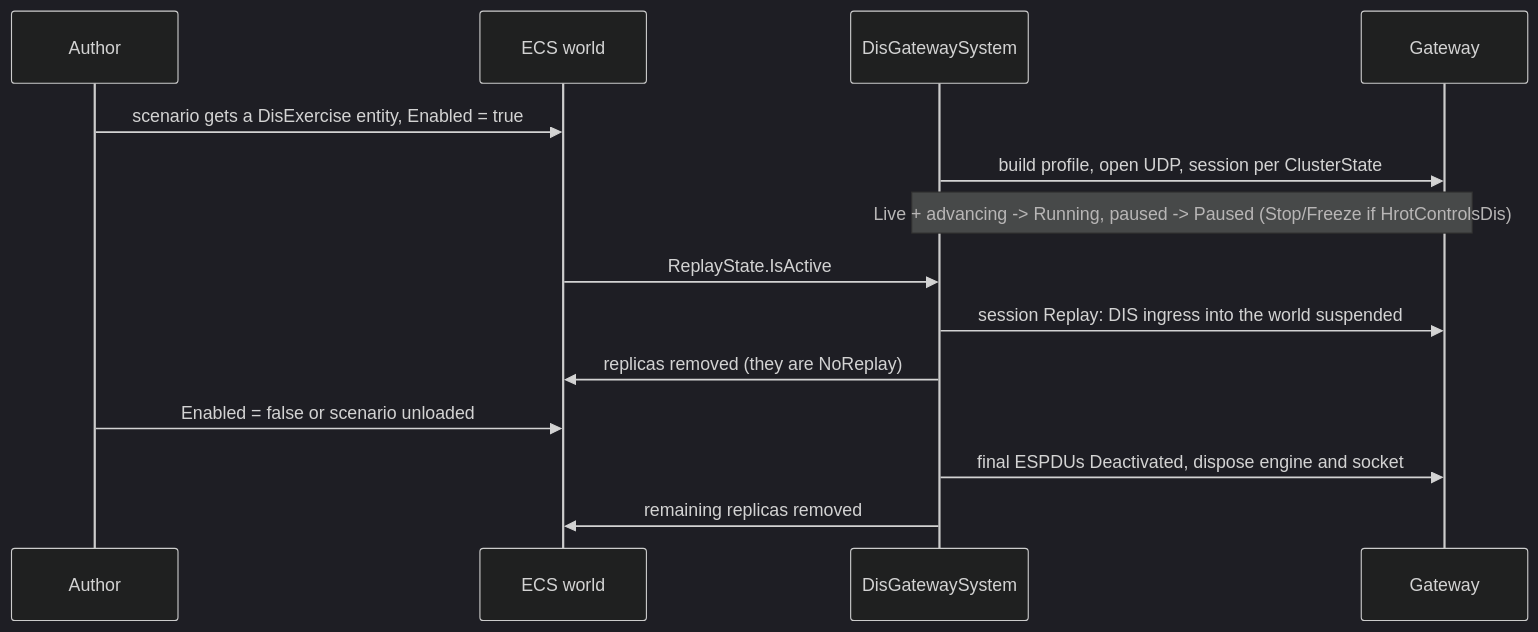
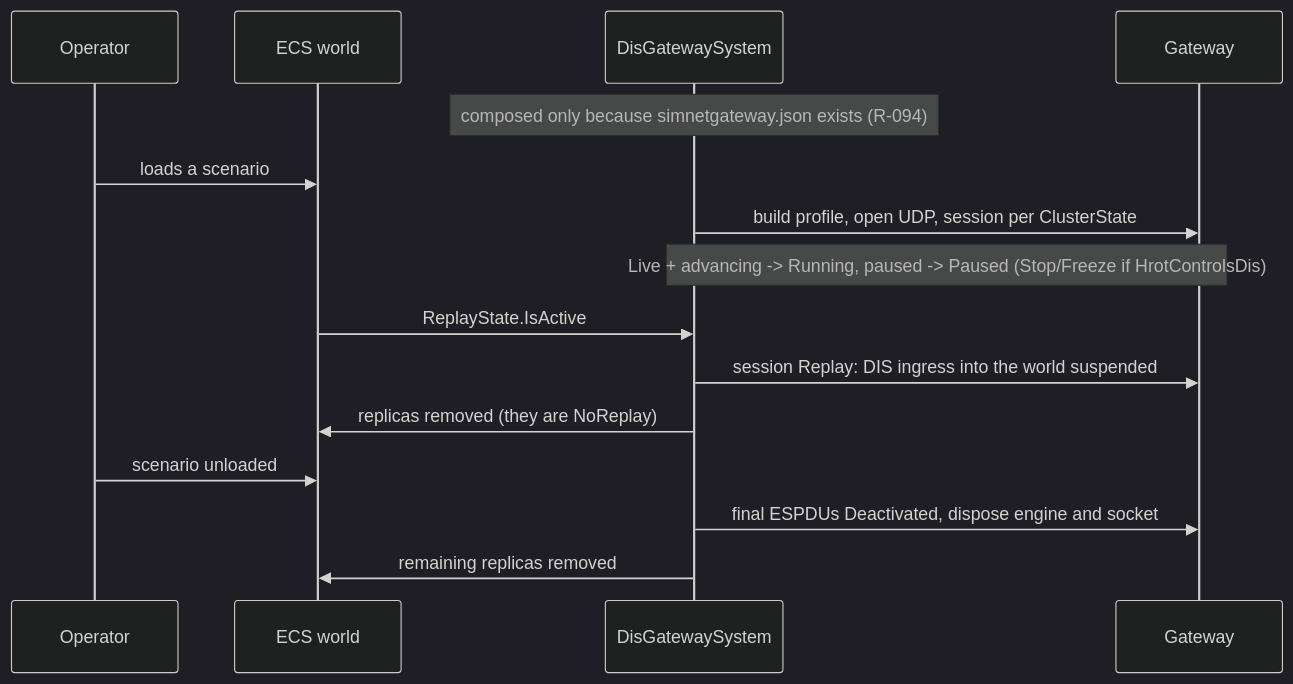
One commit to pjanec/SimNetGateway changed the sixth of 7 diagrams in docs/design/DD-007-Hrot-Dis-Pack.md. Above: the diagram before and after it, drawn with Mermaid (dark theme). The commit also changed other lines of this file and 6 other files, not shown here.

````diff
--- a/docs/design/DD-007-Hrot-Dis-Pack.md
+++ b/docs/design/DD-007-Hrot-Dis-Pack.md
@@ -311,16 +345,17 @@
 ```mermaid
 sequenceDiagram
-    participant U as Author
+    participant U as Operator
     participant W as ECS world
     participant S as DisGatewaySystem
     participant G as Gateway
-    U->>W: scenario gets a DisExercise entity, Enabled = true
+    Note over S: composed only because simnetgateway.json exists (R-094)
+    U->>W: loads a scenario
     S->>G: build profile, open UDP, session per ClusterState
     Note over S,G: Live + advancing -> Running, paused -> Paused (Stop/Freeze if HrotControlsDis)
     W->>S: ReplayState.IsActive
     S->>G: session Replay: DIS ingress into the world suspended
     S->>W: replicas removed (they are NoReplay)
-    U->>W: Enabled = false or scenario unloaded
+    U->>W: scenario unloaded
     S->>G: final ESPDUs Deactivated, dispose engine and socket
     S->>W: remaining replicas removed
 ```
````
